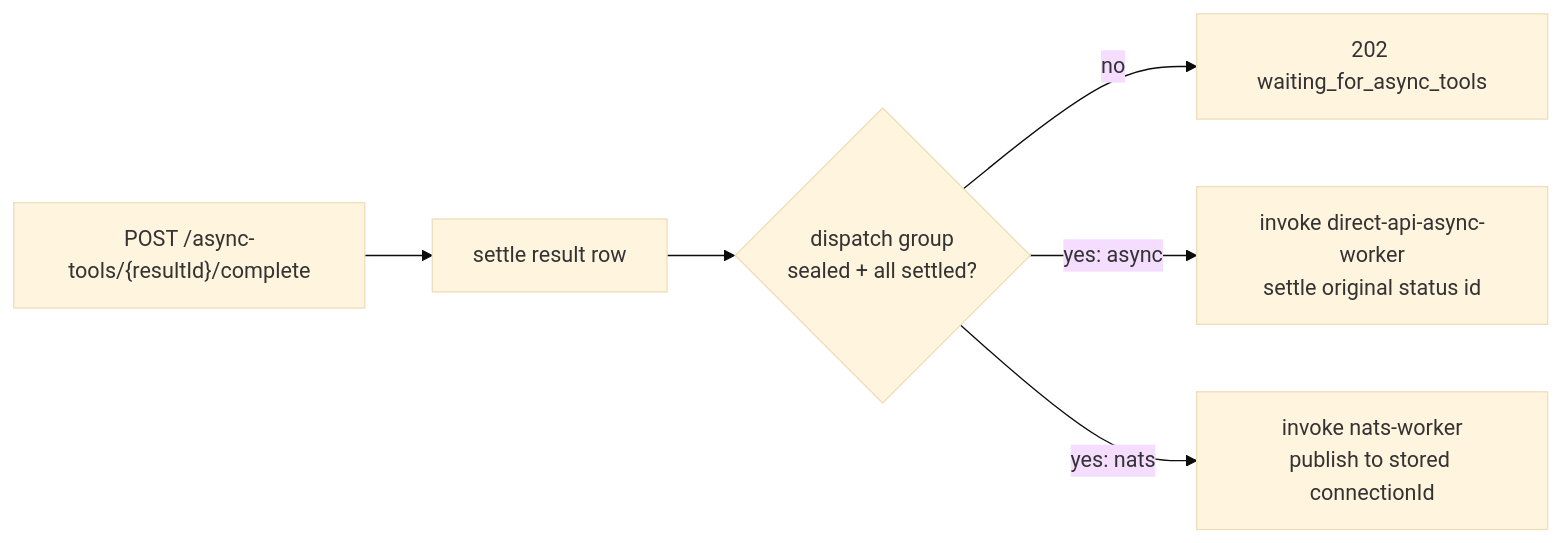
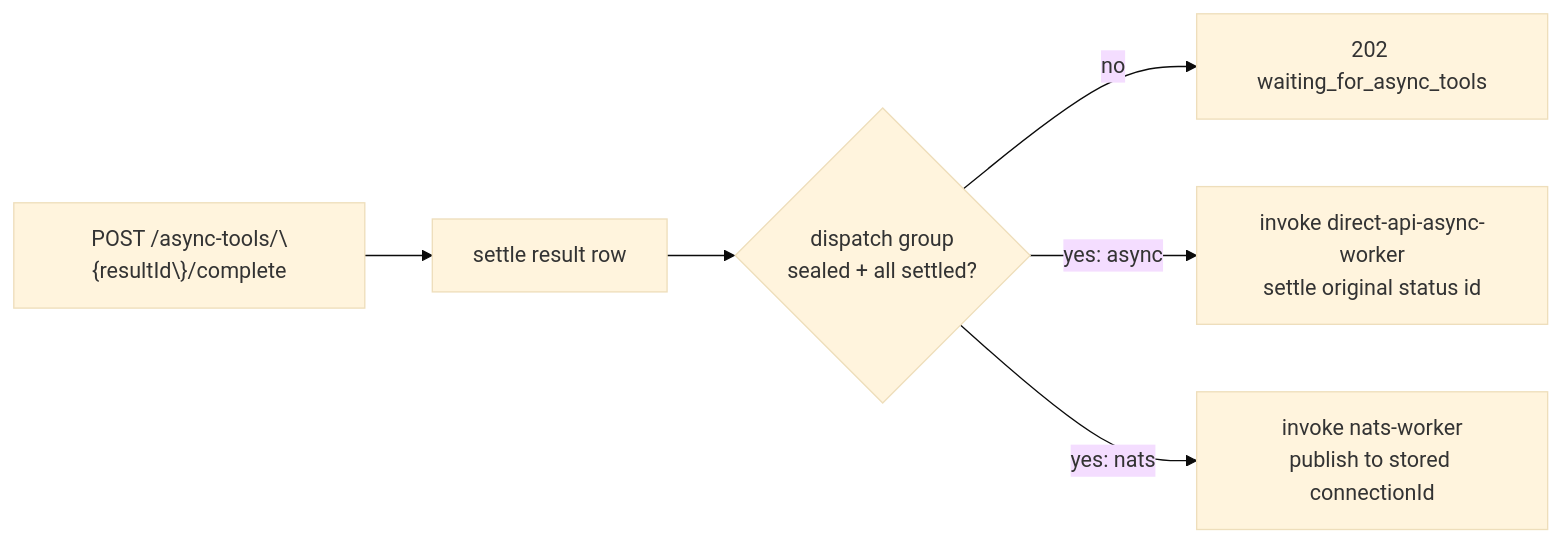
The second of 2 diagrams in docs/direct-api.md (beeblastco/broods), drawn with Mermaid (base theme) before and after one commit. The commit also changed other lines of this file and 3 other files, not shown here.

Commit message:
fix: escape curly braces in mermaid diagrams for proper rendering

````diff
--- a/docs/direct-api.md
+++ b/docs/direct-api.md
@@ -244,8 +244,8 @@
 ```mermaid
 flowchart LR
-  Complete["POST /async-tools/{resultId}/complete"] --> Row["settle result row"]
+  Complete["POST /async-tools/\{resultId\}/complete"] --> Row["settle result row"]
   Row --> Group{"dispatch group<br/>sealed + all settled?"}
   Group -->|"no"| Wait["202 waiting_for_async_tools"]
   Group -->|"yes: async"| Async["invoke direct-api-async-worker<br/>settle original status id"]
   Group -->|"yes: nats"| Nats["invoke nats-worker<br/>publish to stored connectionId"]
 ```
````
